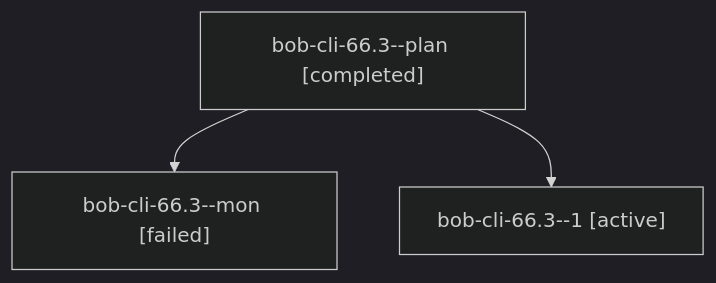
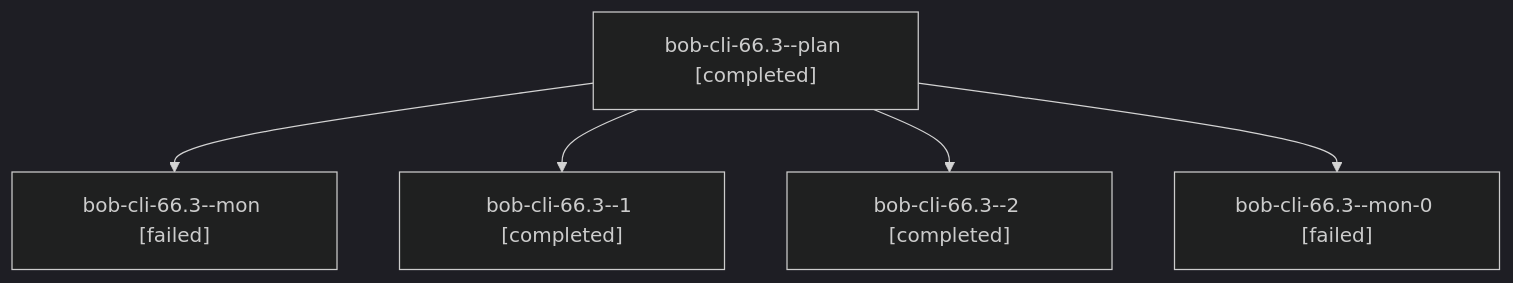
The diagram in sessions/bbugyi200.athena.bob-cli-66.3.md (bobs-org/bob-cli--agents), drawn with Mermaid (dark theme) before and after one commit. The commit also changed other lines of this file and 40 other files, not shown here.

````diff
--- a/sessions/bbugyi200.athena.bob-cli-66.3.md
+++ b/sessions/bbugyi200.athena.bob-cli-66.3.md
@@ -9,8 +9,12 @@
 ```mermaid
 flowchart TD
   n0["bob-cli-66.3--plan [completed]"]
   n1["bob-cli-66.3--mon [failed]"]
   n0 --> n1
-  n2["bob-cli-66.3--1 [active]"]
+  n2["bob-cli-66.3--1 [completed]"]
   n0 --> n2
+  n3["bob-cli-66.3--2 [completed]"]
+  n0 --> n3
+  n4["bob-cli-66.3--mon-0 [failed]"]
+  n0 --> n4
 ```
````
